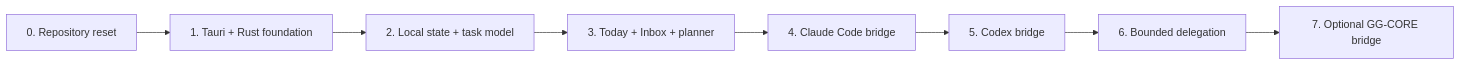
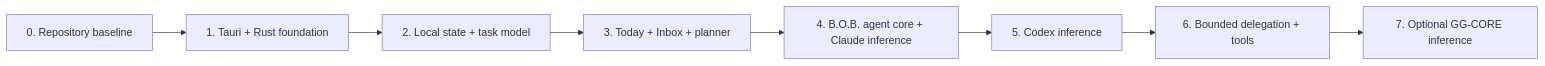
The sixth of 6 diagrams in README.md (Knapp-Kevin/B.O.B.), drawn with Mermaid before and after one commit. The commit also changed other lines of this file, not shown here.

Commit message:
Correct B.O.B. to single-agent multi-LLM architecture

````diff
--- a/README.md
+++ b/README.md
@@ -300,10 +300,10 @@
 ```mermaid
 flowchart LR
-    P0[0. Repository reset] --> P1[1. Tauri + Rust foundation]
+    P0[0. Repository baseline] --> P1[1. Tauri + Rust foundation]
     P1 --> P2[2. Local state + task model]
     P2 --> P3[3. Today + Inbox + planner]
-    P3 --> P4[4. Claude Code bridge]
-    P4 --> P5[5. Codex bridge]
-    P5 --> P6[6. Bounded delegation]
-    P6 --> P7[7. Optional GG-CORE bridge]
+    P3 --> P4[4. B.O.B. agent core + Claude inference]
+    P4 --> P5[5. Codex inference]
+    P5 --> P6[6. Bounded delegation + tools]
+    P6 --> P7[7. Optional GG-CORE inference]
 ```
````
